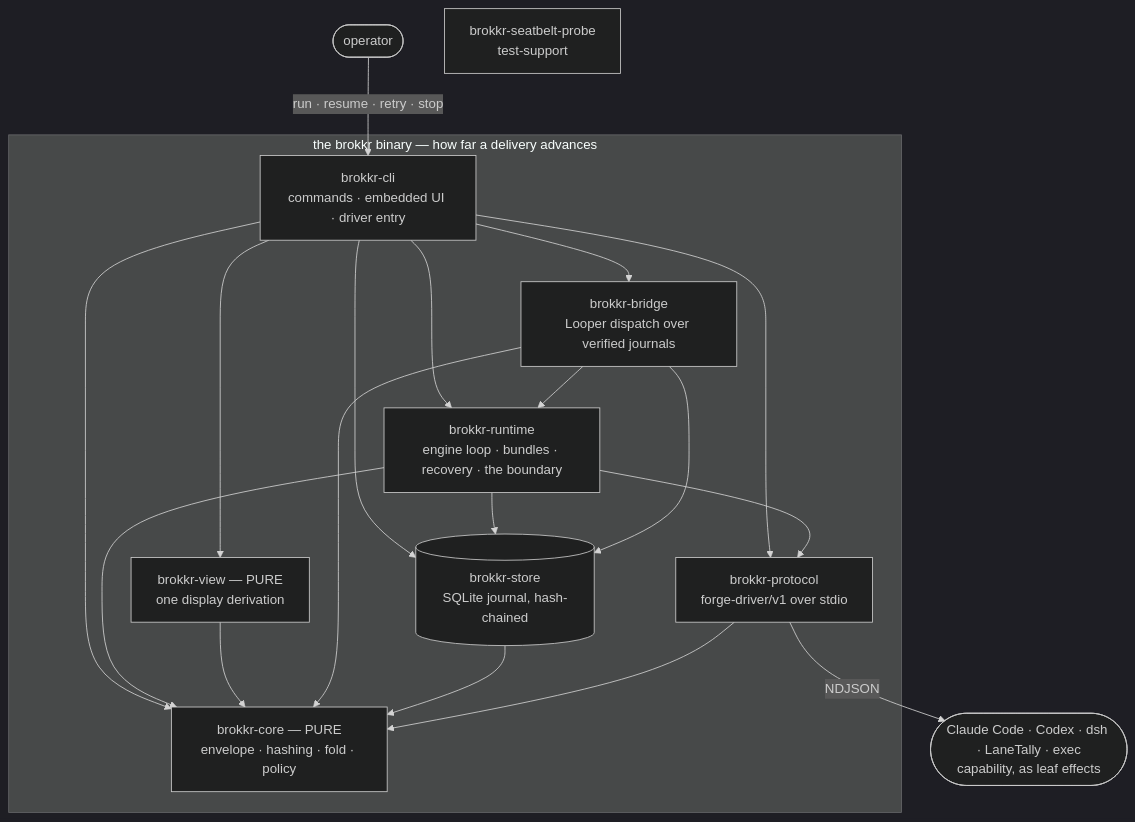
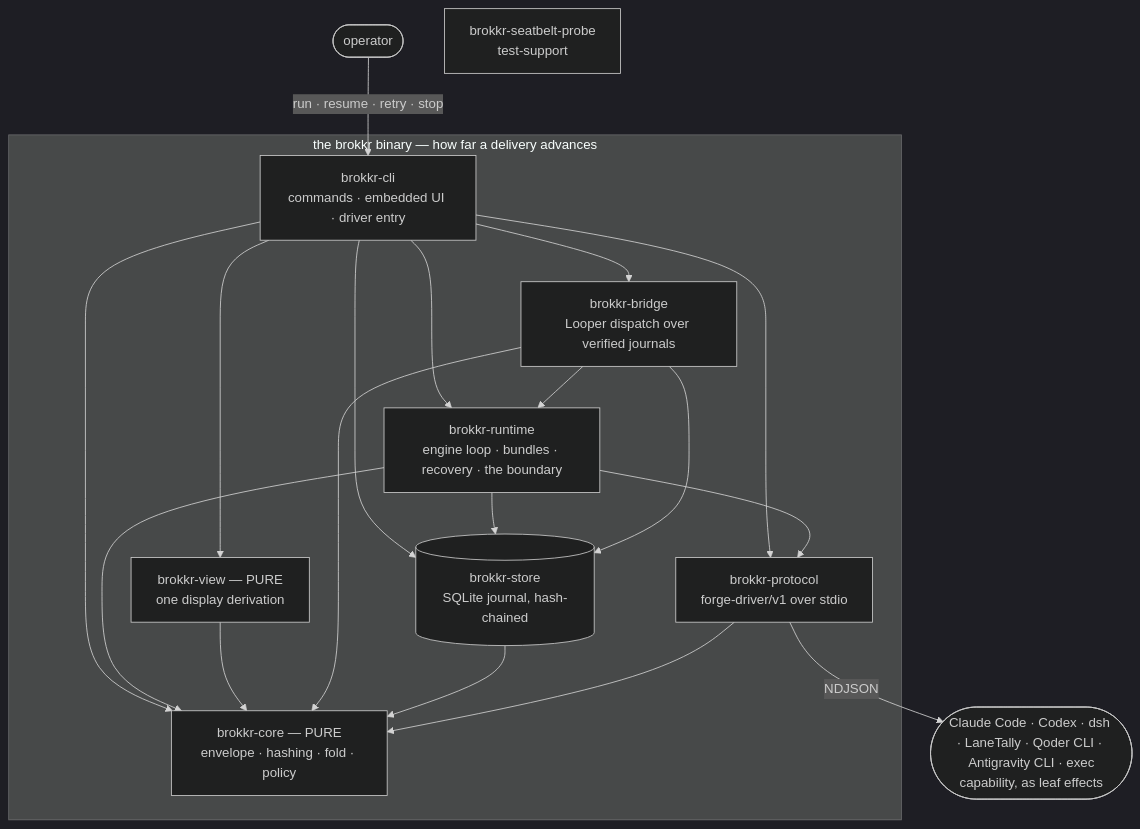
The first of 8 diagrams in ARCHITECTURE.md (feedback-loop-ai/brokkr), drawn with Mermaid (dark theme) before and after one commit. The commit also changed other lines of this file and 12 other files, not shown here.

````diff
--- a/ARCHITECTURE.md
+++ b/ARCHITECTURE.md
@@ -23,21 +23,21 @@
 ```mermaid
 flowchart TB
   operator([operator]) -- "run · resume · retry · stop" --> cli
   subgraph binary["the brokkr binary — how far a delivery advances"]
     cli["brokkr-cli<br/>commands · embedded UI · driver entry"]
     runtime["brokkr-runtime<br/>engine loop · bundles · recovery · the boundary"]
     core["brokkr-core — PURE<br/>envelope · hashing · fold · policy"]
     store[("brokkr-store<br/>SQLite journal, hash-chained")]
     protocol["brokkr-protocol<br/>forge-driver/v1 over stdio"]
     view["brokkr-view — PURE<br/>one display derivation"]
     bridge["brokkr-bridge<br/>Looper dispatch over verified journals"]
     cli --> runtime & view & bridge & core & store & protocol
     runtime --> core & store & protocol
     view --> core
     bridge --> core & store & runtime
     store --> core
     protocol --> core
   end
-  protocol -- "NDJSON" --> harness([Claude Code · Codex · dsh · LaneTally · exec<br/>capability, as leaf effects])
+  protocol -- "NDJSON" --> harness([Claude Code · Codex · dsh · LaneTally · Qoder CLI · Antigravity CLI · exec<br/>capability, as leaf effects])
   seatbelt-probe["brokkr-seatbelt-probe<br/>test-support"]
 ```
````
